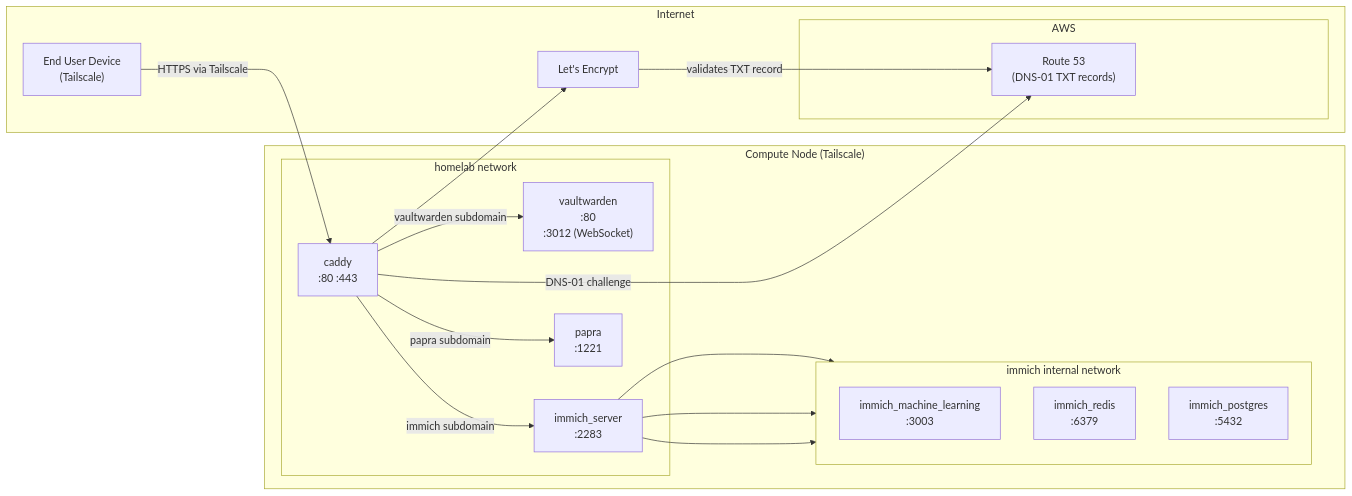
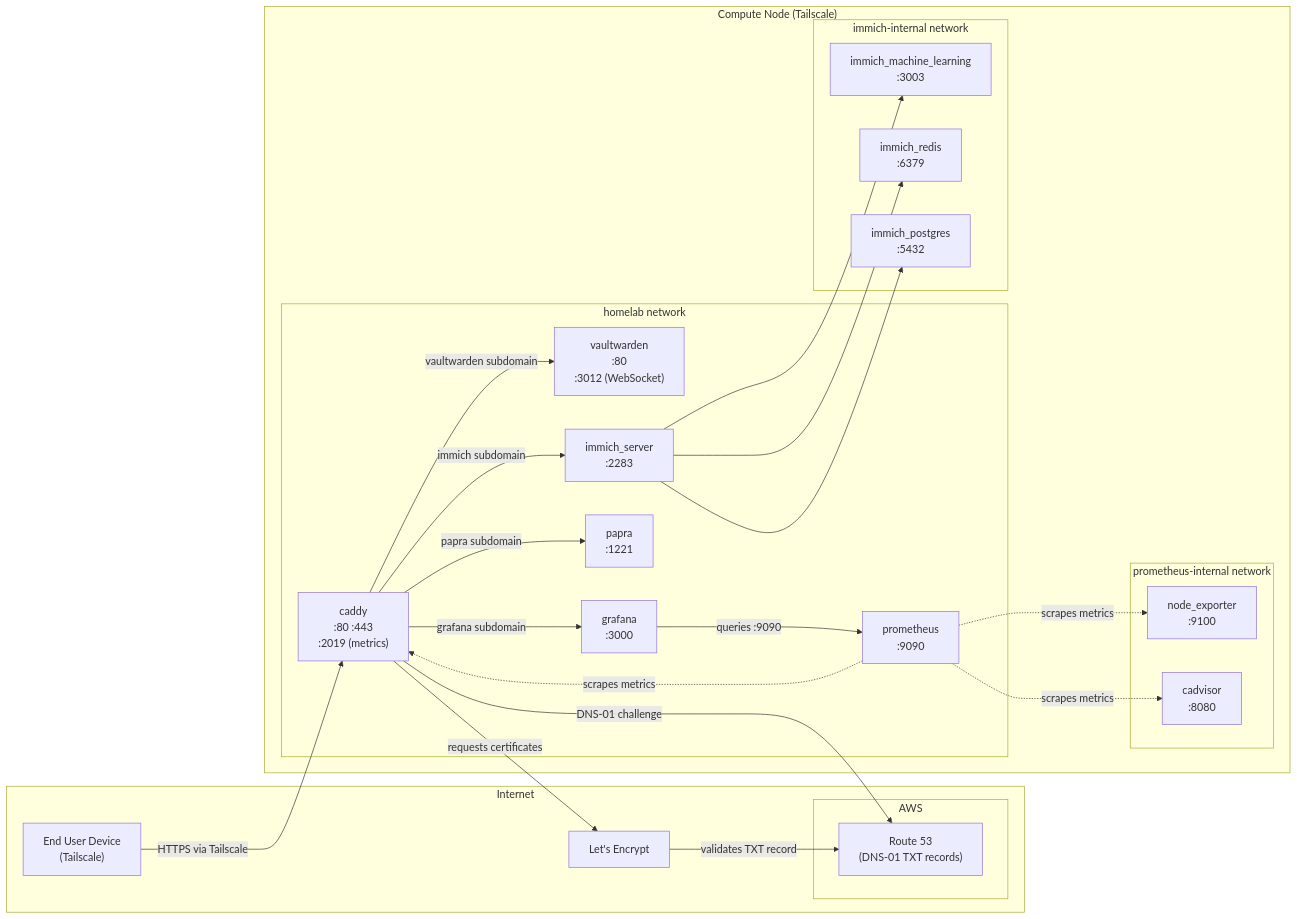
The diagram in services/README.md (karlmanait/homelab), drawn with Mermaid before and after one commit. The commit also changed other lines of this file and 13 other files, not shown here.

Commit message:
service: add prometheus and grafana stack

````diff
--- a/services/README.md
+++ b/services/README.md
@@ -3,40 +3,52 @@
 ```mermaid
 flowchart LR
     subgraph internet["Internet"]
         user["End User Device<br/>(Tailscale)"]
         lets_encrypt["Let's Encrypt"]
 
         subgraph aws["AWS"]
             r53["Route 53<br/>(DNS-01 TXT records)"]
         end
     end
 
     subgraph compute_node["Compute Node (Tailscale)"]
         subgraph homelab_net["homelab network"]
-            caddy["caddy<br/>:80 :443"]
+            caddy["caddy<br/>:80 :443<br/>:2019 (metrics)"]
             vaultwarden["vaultwarden<br/>:80<br/>:3012 (WebSocket)"]
             immich["immich_server<br/>:2283"]
             papra["papra<br/>:1221"]
+            grafana["grafana<br/>:3000"]
+            prometheus["prometheus<br/>:9090"]
         end
 
-        subgraph immich_internal["immich internal network"]
-            direction TB
+        subgraph immich_internal["immich-internal network"]
             immich_ml["immich_machine_learning<br/>:3003"]
             immich_redis["immich_redis<br/>:6379"]
             immich_pg["immich_postgres<br/>:5432"]
         end
         immich --> immich_ml
         immich --> immich_redis
         immich --> immich_pg
+
+        subgraph prom_internal["prometheus-internal network"]
+            node_exporter["node_exporter<br/>:9100"]
+            cadvisor["cadvisor<br/>:8080"]
+        end
+        prometheus -.->|"scrapes metrics"| node_exporter
+        prometheus -.->|"scrapes metrics"| cadvisor
     end
 
     user -->|"HTTPS via Tailscale"| caddy
 
     caddy -->|"vaultwarden subdomain"| vaultwarden
     caddy -->|"immich subdomain"| immich
     caddy -->|"papra subdomain"| papra
+    caddy -->|"grafana subdomain"| grafana
+
+    prometheus -.->|"scrapes metrics"| caddy
+    grafana -->|"queries :9090"| prometheus
 
     caddy -->|"DNS-01 challenge"| r53
     lets_encrypt -->|"validates TXT record"| r53
-    caddy --> lets_encrypt
+    caddy -->|"requests certificates"| lets_encrypt
 ```
````
